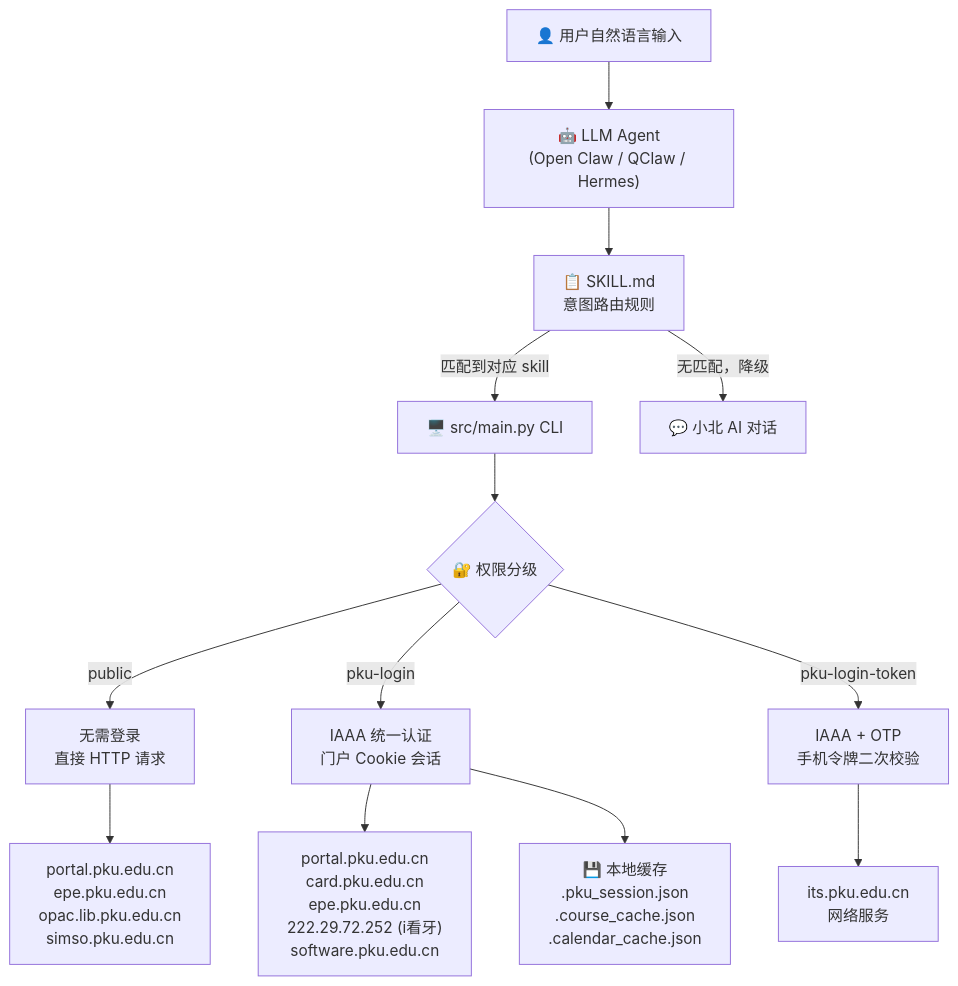
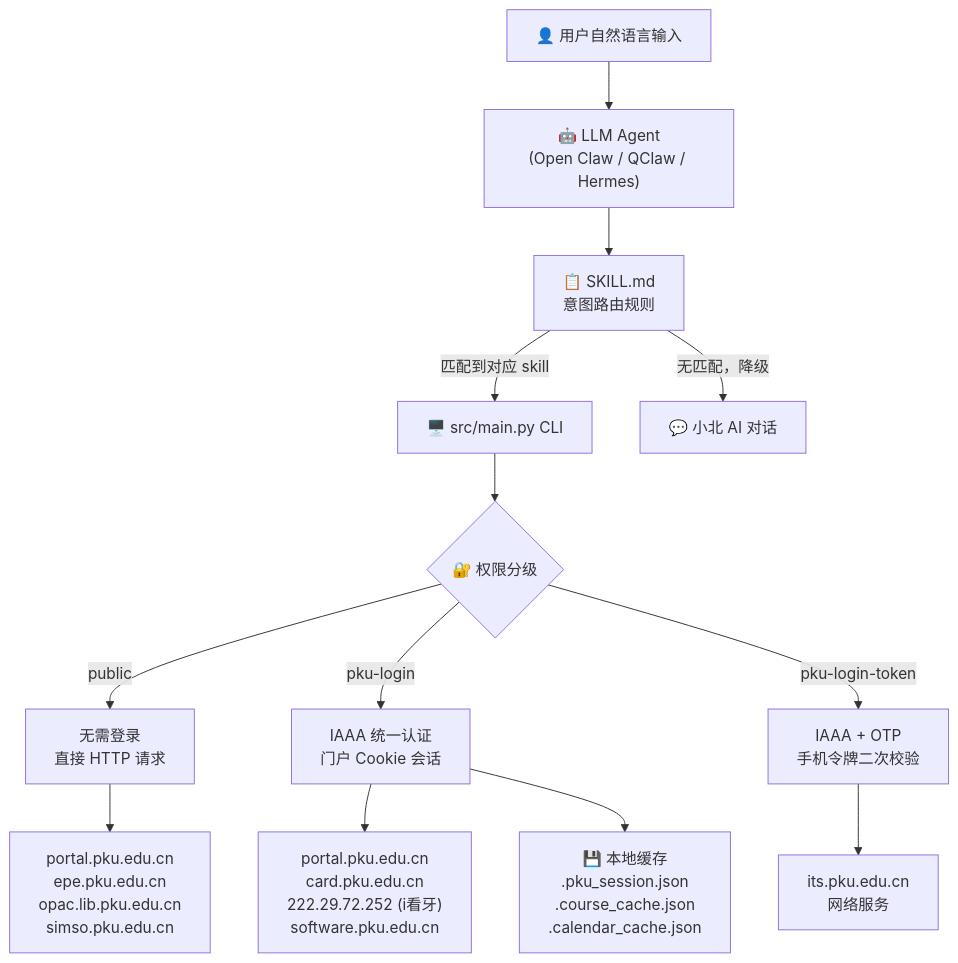
The first of 3 diagrams in README.md (zizhizhou/pku_skills), drawn with Mermaid before and after one commit. The commit also changed other lines of this file and 1 other file, not shown here.

````diff
--- a/README.md
+++ b/README.md
@@ -11,19 +79,19 @@
 ```mermaid
 graph TB
     User["👤 用户自然语言输入"] --> Agent["🤖 LLM Agent\n(Open Claw / QClaw / Hermes)"]
     Agent --> SKILL["📋 SKILL.md\n意图路由规则"]
 
     SKILL --> |"匹配到对应 skill"| CLI["🖥️ src/main.py CLI"]
     SKILL --> |"无匹配，降级"| Xiaobei["💬 小北 AI 对话"]
 
     CLI --> Auth{"🔐 权限分级"}
     Auth --> |"public"| Public["无需登录\n直接 HTTP 请求"]
     Auth --> |"pku-login"| Session["IAAA 统一认证\n门户 Cookie 会话"]
     Auth --> |"pku-login-token"| OTP["IAAA + OTP\n手机令牌二次校验"]
 
     Public --> PKUPublic["portal.pku.edu.cn\nepe.pku.edu.cn\nopac.lib.pku.edu.cn\nsimso.pku.edu.cn"]
-    Session --> PKUPortal["portal.pku.edu.cn\ncard.pku.edu.cn\nepe.pku.edu.cn\n222.29.72.252 (i看牙)\nsoftware.pku.edu.cn"]
+    Session --> PKUPortal["portal.pku.edu.cn\ncard.pku.edu.cn\n222.29.72.252 (i看牙)\nsoftware.pku.edu.cn"]
     OTP --> PKUNet["its.pku.edu.cn\n网络服务"]
 
     Session --> Cache["💾 本地缓存\n.pku_session.json\n.course_cache.json\n.calendar_cache.json"]
 ```
````
